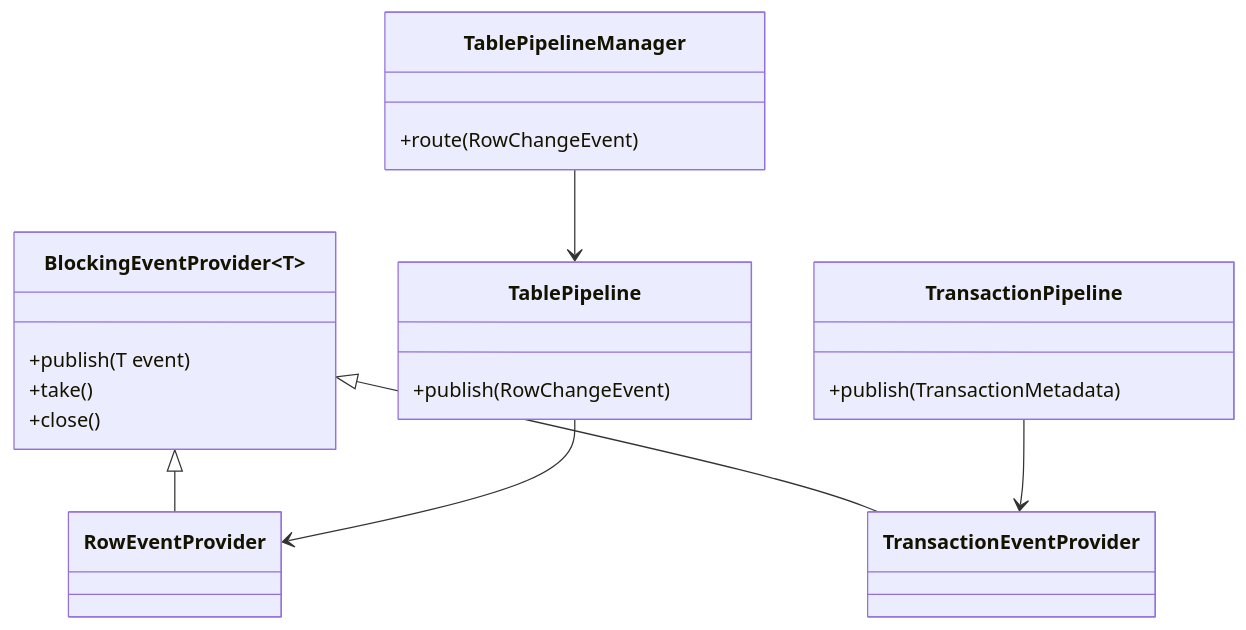
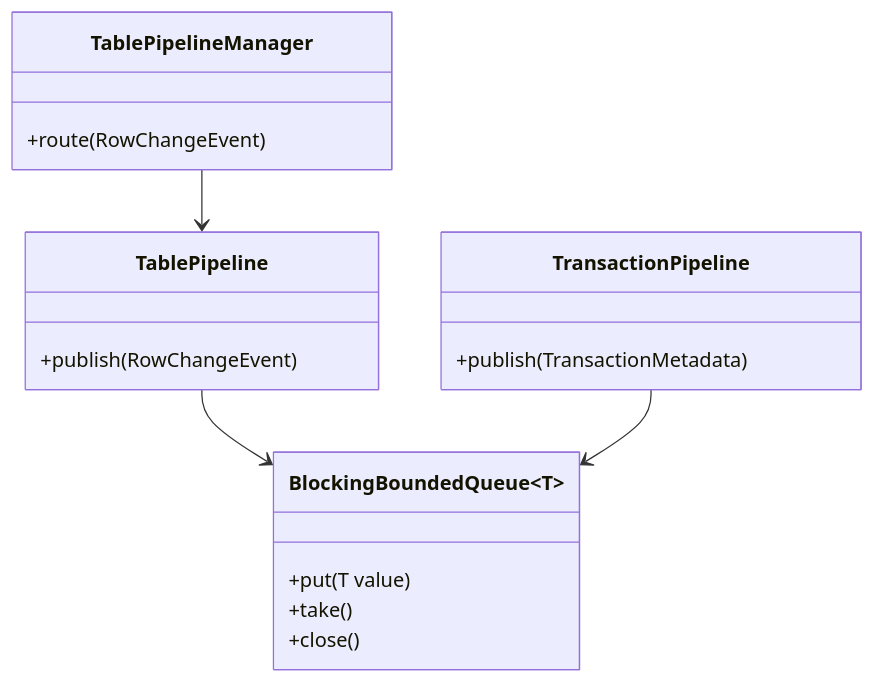
The diagram in docs/overview.md (gengdy1545/pixels-sink), drawn with Mermaid before and after one commit. The commit also changed other lines of this file and 35 other files, not shown here.

Commit message:
refactor: Replace event providers with pipeline-owned BlockingBoundedQueue

````diff
--- a/docs/overview.md
+++ b/docs/overview.md
@@ -38,31 +37,25 @@
 ```mermaid
 classDiagram
     direction TB
 
-    class BlockingEventProvider~T~ {
-        +publish(T event)
+    class BlockingBoundedQueue~T~ {
+        +put(T value)
         +take()
         +close()
     }
 
-    class RowEventProvider {
-    }
-    class TransactionEventProvider {
-    }
     class TablePipeline {
         +publish(RowChangeEvent)
     }
     class TransactionPipeline {
         +publish(TransactionMetadata)
     }
     class TablePipelineManager {
         +route(RowChangeEvent)
     }
 
-    BlockingEventProvider <|-- RowEventProvider
-    BlockingEventProvider <|-- TransactionEventProvider
     TablePipelineManager --> TablePipeline
-    TablePipeline --> RowEventProvider
-    TransactionPipeline --> TransactionEventProvider
+    TablePipeline --> BlockingBoundedQueue
+    TransactionPipeline --> BlockingBoundedQueue
 
 ```
````
